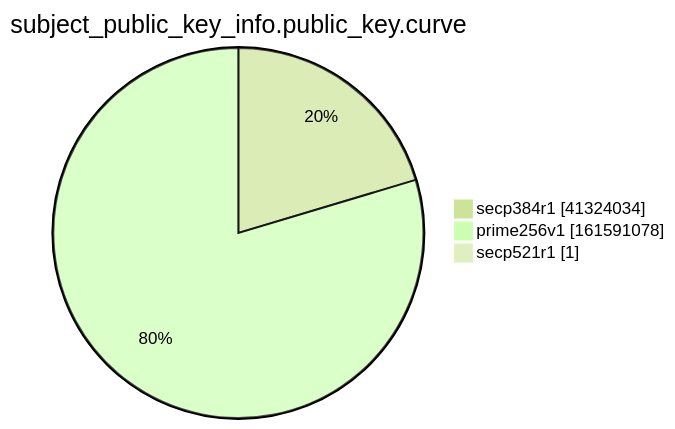
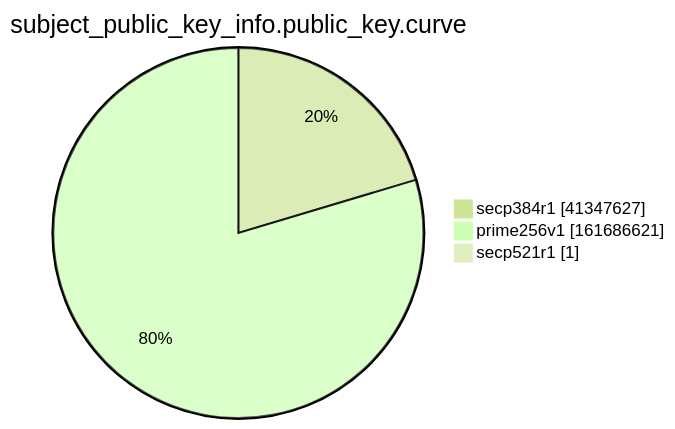
One commit to christiankrug/ctmonitor_visualization changed the ninth of 15 diagrams in xenon2022/README.md. Above: the diagram before and after it, drawn with Mermaid (forest theme). The commit also changed other lines of this file, not shown here.

````diff
--- a/xenon2022/README.md
+++ b/xenon2022/README.md
@@ -2868,7 +2868,7 @@
 ```mermaid
 pie showData
 title subject_public_key_info.public_key.curve
-"secp384r1" :41324034
-"prime256v1" :161591078
+"secp384r1" :41347627
+"prime256v1" :161686621
 "secp521r1" :1
 ```
````
